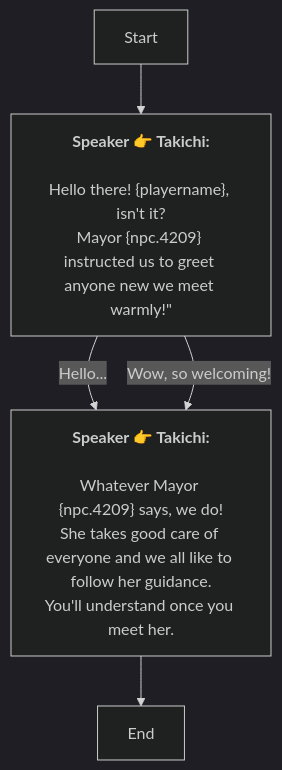
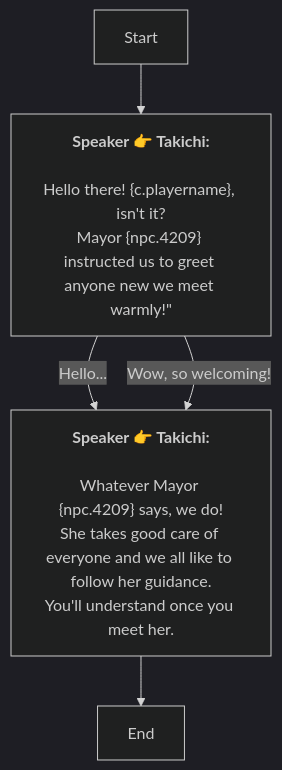
One commit to SoftHu/tos_avg changed the diagram in En/AddDialogNode_1741891507856655.md. Above: the diagram before and after it, drawn with Mermaid (dark theme). The commit also changed 410 other files, not shown here.

````diff
--- a/En/AddDialogNode_1741891507856655.md
+++ b/En/AddDialogNode_1741891507856655.md
@@ -1,16 +1,16 @@
 ```mermaid
 graph
 Start -->1741899941162299[<b>Speaker 👉 Takichi:</b>
-\nHello there! &lbrace;playername&rbrace;, isn't it?
+\nHello there! &lbrace;c.playername&rbrace;, isn't it?
 Mayor &lbrace;npc.4209&rbrace; instructed us to greet anyone new we meet warmly!&quot;]
 1741899941162299 -->|Hello...|1741900457358657[<b>Speaker 👉 Takichi:</b>
 \nWhatever Mayor &lbrace;npc.4209&rbrace; says, we do!
 She takes good care of everyone and we all like to follow her guidance.
 You'll understand once you meet her.]
 1741899941162299 -->|Wow, so welcoming!|1741900457358657[<b>Speaker 👉 Takichi:</b>
 \nWhatever Mayor &lbrace;npc.4209&rbrace; says, we do!
 She takes good care of everyone and we all like to follow her guidance.
 You'll understand once you meet her.]
 1741900457358657 -->1741900507553090[End]
 
 ```
````
